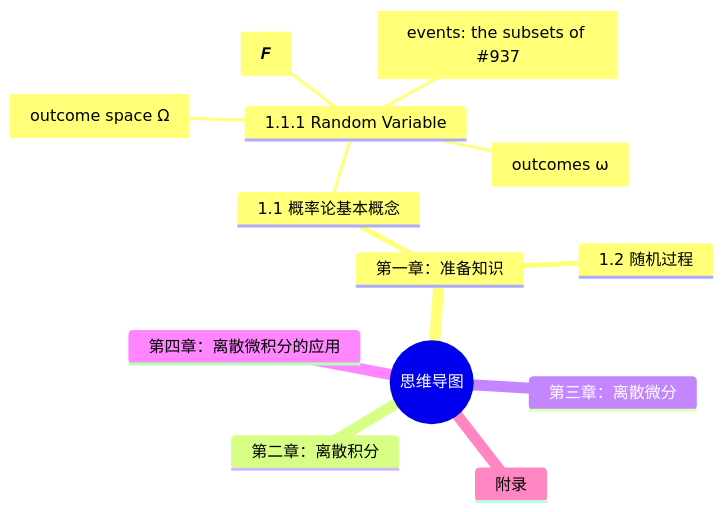
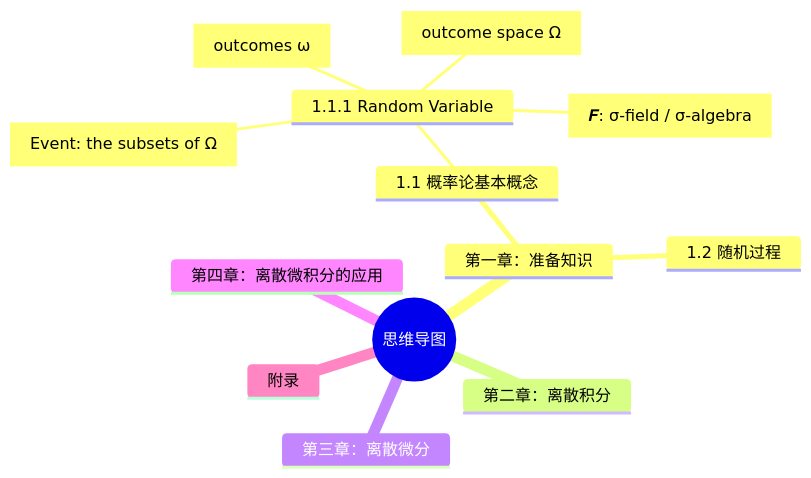
Before and after one commit to damonYuan/gitbook: the diagram in math/230715-stochastic-calculus.md, drawn with Mermaid.

````diff
--- a/math/230715-stochastic-calculus.md
+++ b/math/230715-stochastic-calculus.md
@@ -11,17 +11,17 @@
 ```mermaid
 mindmap
   root((思维导图))
     第一章：准备知识 
       1.1 概率论基本概念
         1.1.1 Random Variable
-            id1111["`outcomes #969;`"]
-            id1112["`outcome space #937;`"]
-            id1113["`events#58; the subsets of #937`"]
-            id1114["`#119917;`"]
+            id1111["`outcomes ω`"]
+            id1112["`outcome space Ω`"]
+            id1113["`Event: the subsets of Ω`"]
+            id1114["`𝑭: σ-field / σ-algebra`"]
       1.2 随机过程
     第二章：离散积分
     第三章：离散微分
     第四章：离散微积分的应用
     附录
  
 ```
````
